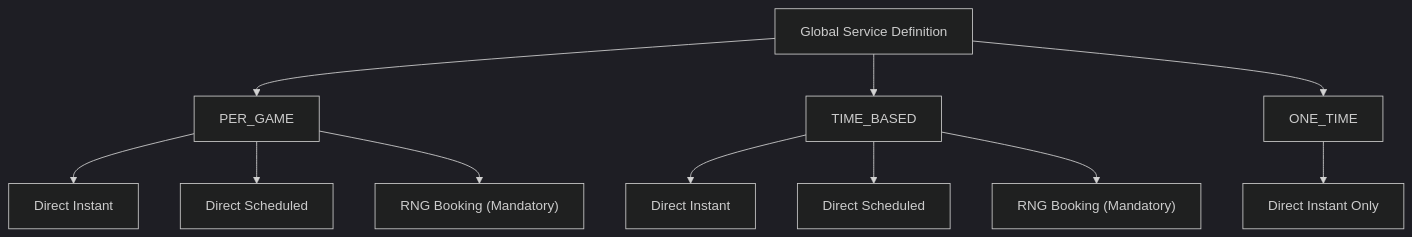
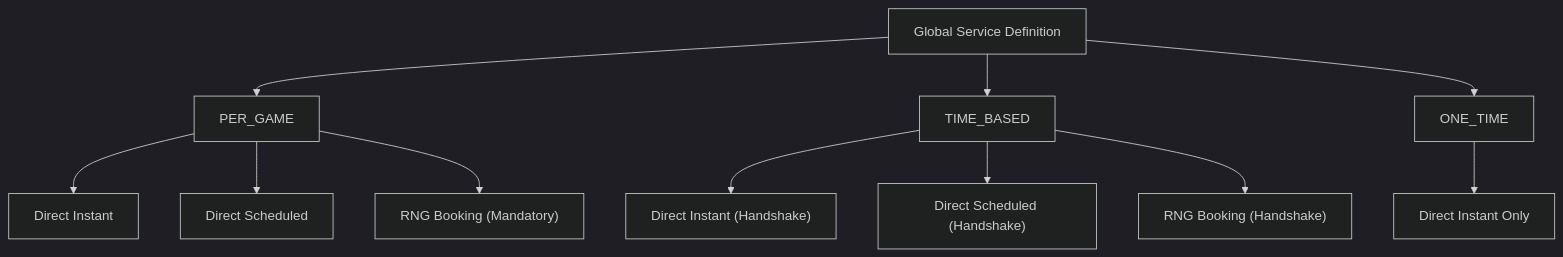
One commit to mehdi-ben-abdessalem/X-platform-docs changed the diagram in companion-section-docs/04-companion-service-structure.md.md. Above: the diagram before and after it, drawn with Mermaid (dark theme). The commit also changed other lines of this file and 9 other files, not shown here.

````diff
--- a/companion-section-docs/04-companion-service-structure.md.md
+++ b/companion-section-docs/04-companion-service-structure.md.md
@@ -114,17 +130,17 @@
 ```mermaid
 flowchart TD
 
 A["Global Service Definition"] --> B["PER_GAME"]
 A --> C["TIME_BASED"]
 A --> D["ONE_TIME"]
 
 B --> E["Direct Instant"]
 B --> F["Direct Scheduled"]
 B --> G["RNG Booking (Mandatory)"]
 
-C --> H["Direct Instant"]
-C --> I["Direct Scheduled"]
-C --> J["RNG Booking (Mandatory)"]
+C --> H["Direct Instant (Handshake)"]
+C --> I["Direct Scheduled (Handshake)"]
+C --> J["RNG Booking (Handshake)"]
 
 D --> K["Direct Instant Only"]
 ```
````
